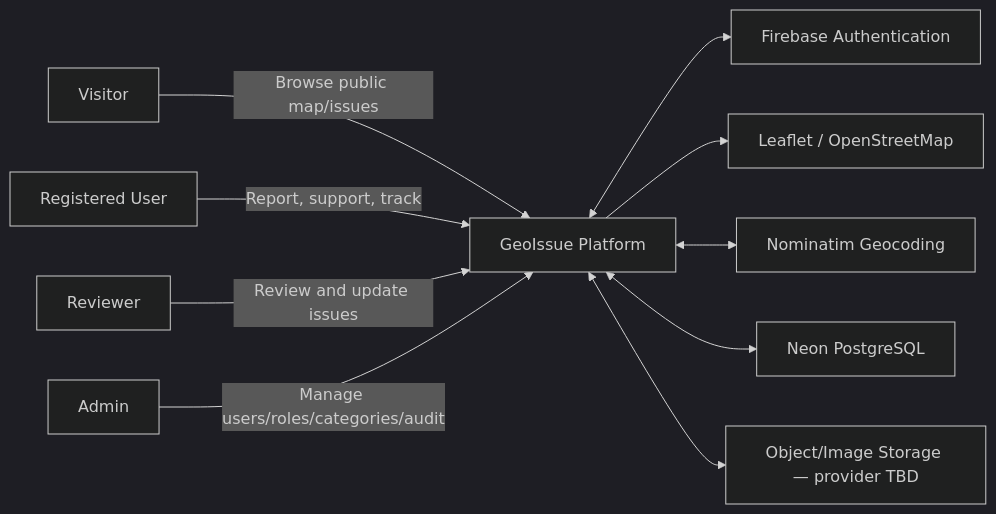
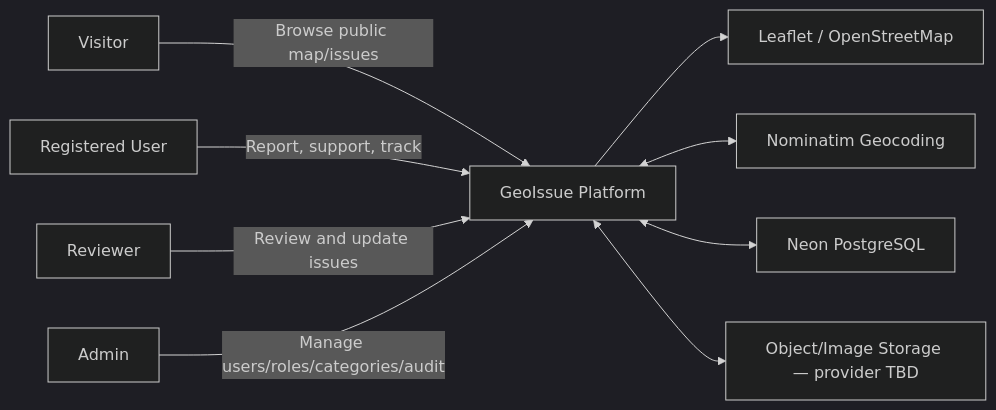
One commit to ff7hpp/GeoIssue changed the diagram in docs/reference/diagrams/01_System_Context.mmd. Above: the diagram before and after it, drawn with Mermaid (dark theme). The commit also changed 56 other files, not shown here.

```diff
--- a/docs/reference/diagrams/01_System_Context.mmd
+++ b/docs/reference/diagrams/01_System_Context.mmd
@@ -1,10 +1,9 @@
 flowchart LR
   Visitor[Visitor] -->|Browse public map/issues| GeoIssue[GeoIssue Platform]
   User[Registered User] -->|Report, support, track| GeoIssue
   Reviewer[Reviewer] -->|Review and update issues| GeoIssue
   Admin[Admin] -->|Manage users/roles/categories/audit| GeoIssue
-  GeoIssue <--> Firebase[Firebase Authentication]
   GeoIssue --> OSM[Leaflet / OpenStreetMap]
   GeoIssue <--> Nominatim[Nominatim Geocoding]
   GeoIssue <--> Neon[Neon PostgreSQL]
   GeoIssue <--> Storage[Object/Image Storage — provider TBD]
```
